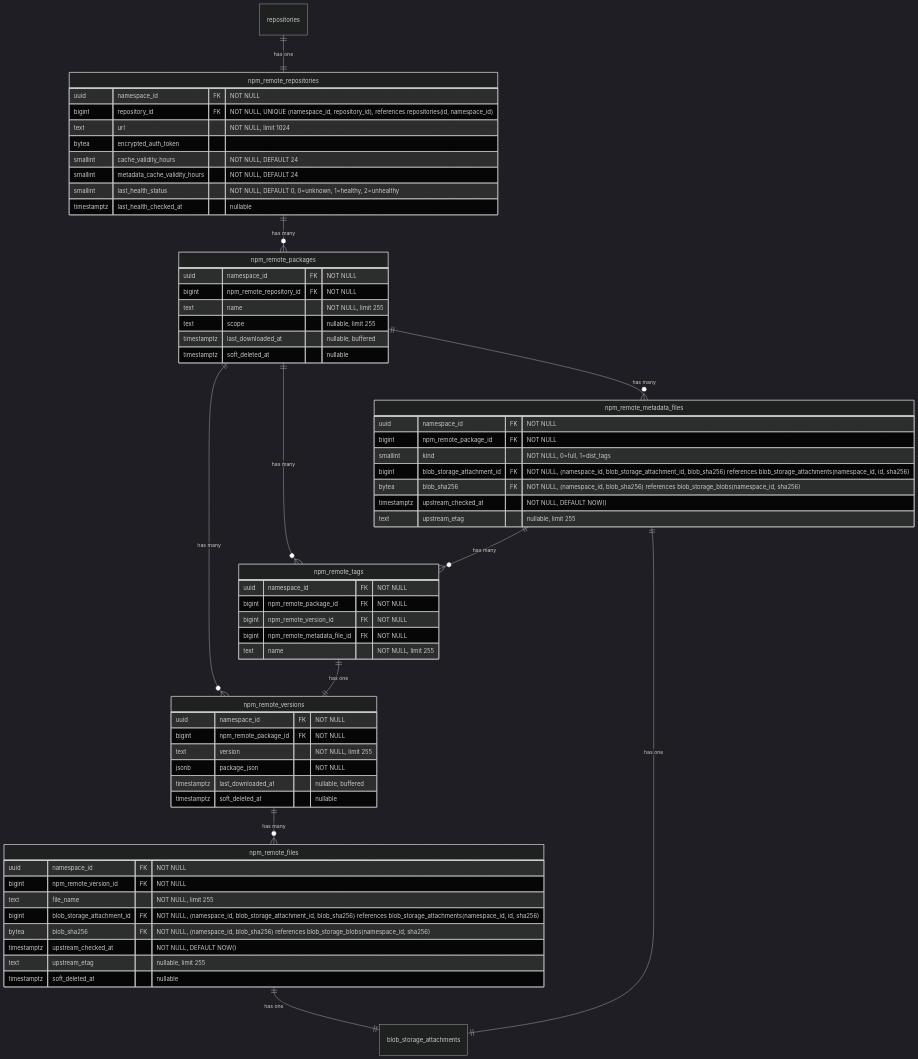
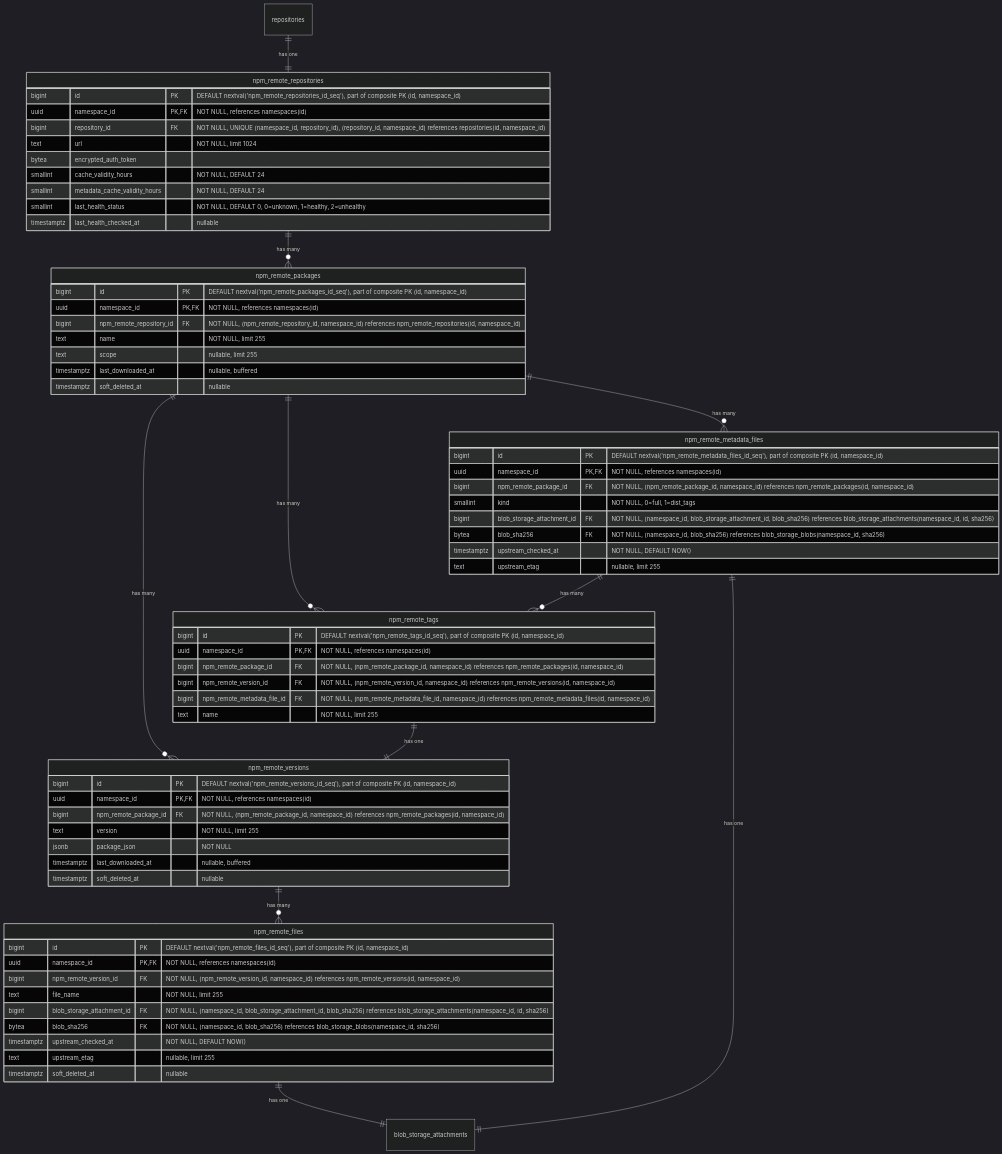
Before and after one commit to kyama0/gitlab-handbook-ja: diagram 14 of 19 in content/handbook/engineering/architecture/design-documents/artifact_registry/decisions/007_database_schema.md, drawn with Mermaid (dark theme). The commit also changed other lines of this file and 7 other files, not shown here.

````diff
--- a/content/handbook/engineering/architecture/design-documents/artifact_registry/decisions/007_database_schema.md
+++ b/content/handbook/engineering/architecture/design-documents/artifact_registry/decisions/007_database_schema.md
@@ -1107,71 +1168,77 @@
 ```mermaid
 erDiagram
     repositories ||--|| npm_remote_repositories : "has one"
     npm_remote_repositories ||--o{ npm_remote_packages : "has many"
     npm_remote_packages ||--o{ npm_remote_versions : "has many"
     npm_remote_packages ||--o{ npm_remote_tags : "has many"
     npm_remote_packages ||--o{ npm_remote_metadata_files : "has many"
     npm_remote_metadata_files ||--o{ npm_remote_tags : "has many"
     npm_remote_versions ||--o{ npm_remote_files : "has many"
     npm_remote_tags ||--|| npm_remote_versions : "has one"
     npm_remote_metadata_files ||--|| blob_storage_attachments : "has one"
     npm_remote_files ||--|| blob_storage_attachments : "has one"
 
     npm_remote_repositories {
-        uuid namespace_id FK "NOT NULL"
-        bigint repository_id FK "NOT NULL, UNIQUE (namespace_id, repository_id), references repositories(id, namespace_id)"
+        bigint id PK "DEFAULT nextval('npm_remote_repositories_id_seq'), part of composite PK (id, namespace_id)"
+        uuid namespace_id PK,FK "NOT NULL, references namespaces(id)"
+        bigint repository_id FK "NOT NULL, UNIQUE (namespace_id, repository_id), (repository_id, namespace_id) references repositories(id, namespace_id)"
         text url "NOT NULL, limit 1024"
         bytea encrypted_auth_token
         smallint cache_validity_hours "NOT NULL, DEFAULT 24"
         smallint metadata_cache_validity_hours "NOT NULL, DEFAULT 24"
         smallint last_health_status "NOT NULL, DEFAULT 0, 0=unknown, 1=healthy, 2=unhealthy"
         timestamptz last_health_checked_at "nullable"
     }
 
     npm_remote_packages {
-        uuid namespace_id FK "NOT NULL"
-        bigint npm_remote_repository_id FK "NOT NULL"
+        bigint id PK "DEFAULT nextval('npm_remote_packages_id_seq'), part of composite PK (id, namespace_id)"
+        uuid namespace_id PK,FK "NOT NULL, references namespaces(id)"
+        bigint npm_remote_repository_id FK "NOT NULL, (npm_remote_repository_id, namespace_id) references npm_remote_repositories(id, namespace_id)"
         text name "NOT NULL, limit 255"
         text scope "nullable, limit 255"
         timestamptz last_downloaded_at "nullable, buffered"
         timestamptz soft_deleted_at "nullable"
     }
 
     npm_remote_versions {
-        uuid namespace_id FK "NOT NULL"
-        bigint npm_remote_package_id FK "NOT NULL"
+        bigint id PK "DEFAULT nextval('npm_remote_versions_id_seq'), part of composite PK (id, namespace_id)"
+        uuid namespace_id PK,FK "NOT NULL, references namespaces(id)"
+        bigint npm_remote_package_id FK "NOT NULL, (npm_remote_package_id, namespace_id) references npm_remote_packages(id, namespace_id)"
         text version "NOT NULL, limit 255"
         jsonb package_json "NOT NULL"
         timestamptz last_downloaded_at "nullable, buffered"
         timestamptz soft_deleted_at "nullable"
     }
 
     npm_remote_tags {
-        uuid namespace_id FK "NOT NULL"
-        bigint npm_remote_package_id FK "NOT NULL"
-        bigint npm_remote_version_id FK "NOT NULL"
-        bigint npm_remote_metadata_file_id FK "NOT NULL"
+        bigint id PK "DEFAULT nextval('npm_remote_tags_id_seq'), part of composite PK (id, namespace_id)"
+        uuid namespace_id PK,FK "NOT NULL, references namespaces(id)"
+        bigint npm_remote_package_id FK "NOT NULL, (npm_remote_package_id, namespace_id) references npm_remote_packages(id, namespace_id)"
+        bigint npm_remote_version_id FK "NOT NULL, (npm_remote_version_id, namespace_id) references npm_remote_versions(id, namespace_id)"
+        bigint npm_remote_metadata_file_id FK "NOT NULL, (npm_remote_metadata_file_id, namespace_id) references npm_remote_metadata_files(id, namespace_id)"
         text name "NOT NULL, limit 255"
     }
 
     npm_remote_metadata_files {
-        uuid namespace_id FK "NOT NULL"
-        bigint npm_remote_package_id FK "NOT NULL"
+        bigint id PK "DEFAULT nextval('npm_remote_metadata_files_id_seq'), part of composite PK (id, namespace_id)"
+        uuid namespace_id PK,FK "NOT NULL, references namespaces(id)"
+        bigint npm_remote_package_id FK "NOT NULL, (npm_remote_package_id, namespace_id) references npm_remote_packages(id, namespace_id)"
         smallint kind "NOT NULL, 0=full, 1=dist_tags"
         bigint blob_storage_attachment_id FK "NOT NULL, (namespace_id, blob_storage_attachment_id, blob_sha256) references blob_storage_attachments(namespace_id, id, sha256)"
         bytea blob_sha256 FK "NOT NULL, (namespace_id, blob_sha256) references blob_storage_blobs(namespace_id, sha256)"
         timestamptz upstream_checked_at "NOT NULL, DEFAULT NOW()"
         text upstream_etag "nullable, limit 255"
     }
 
     npm_remote_files {
-        uuid namespace_id FK "NOT NULL"
-        bigint npm_remote_version_id FK "NOT NULL"
+        bigint id PK "DEFAULT nextval('npm_remote_files_id_seq'), part of composite PK (id, namespace_id)"
+        uuid namespace_id PK,FK "NOT NULL, references namespaces(id)"
+        bigint npm_remote_version_id FK "NOT NULL, (npm_remote_version_id, namespace_id) references npm_remote_versions(id, namespace_id)"
         text file_name "NOT NULL, limit 255"
         bigint blob_storage_attachment_id FK "NOT NULL, (namespace_id, blob_storage_attachment_id, blob_sha256) references blob_storage_attachments(namespace_id, id, sha256)"
         bytea blob_sha256 FK "NOT NULL, (namespace_id, blob_sha256) references blob_storage_blobs(namespace_id, sha256)"
         timestamptz upstream_checked_at "NOT NULL, DEFAULT NOW()"
         text upstream_etag "nullable, limit 255"
         timestamptz soft_deleted_at "nullable"
     }
 ```
````
